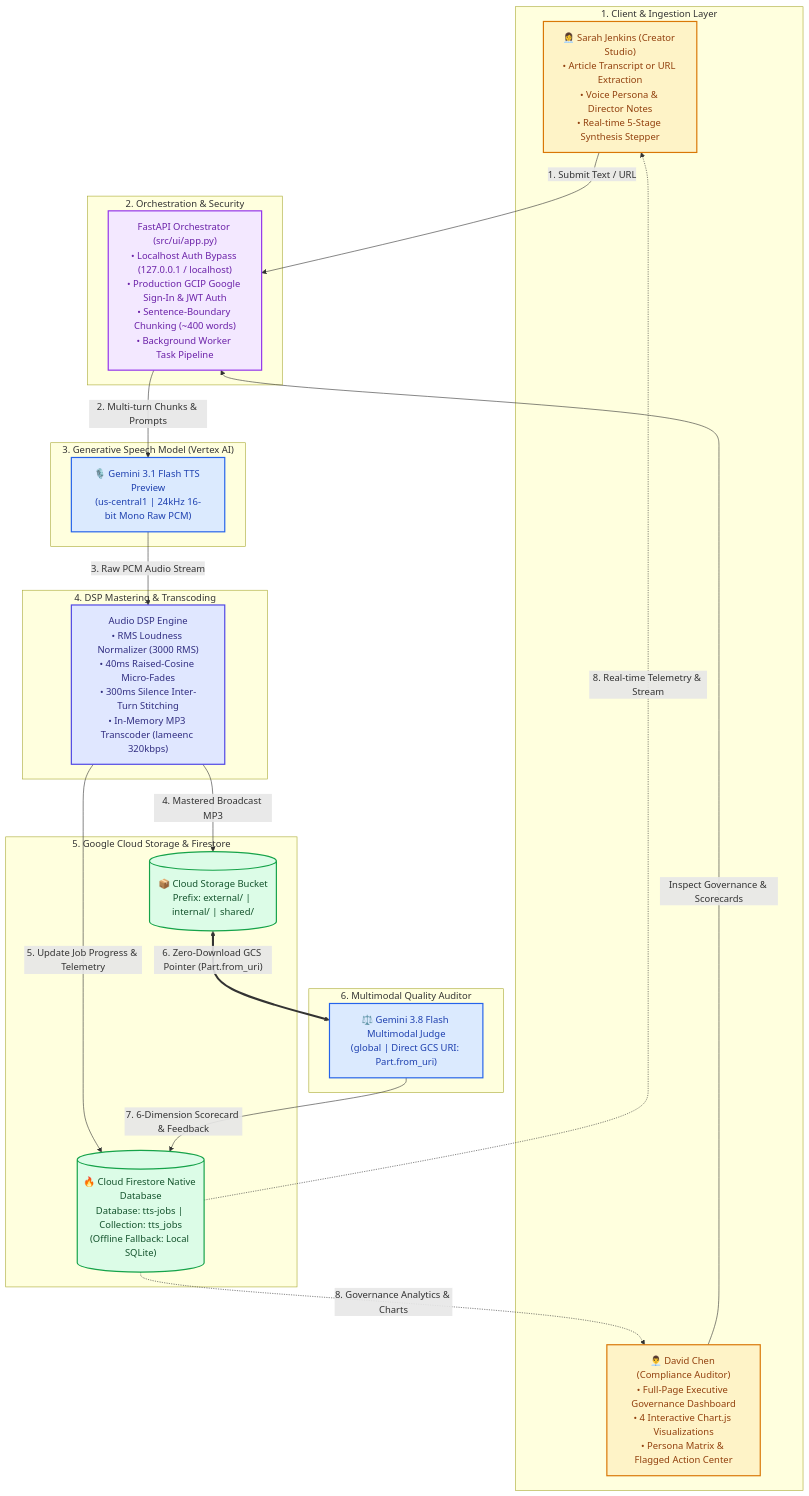
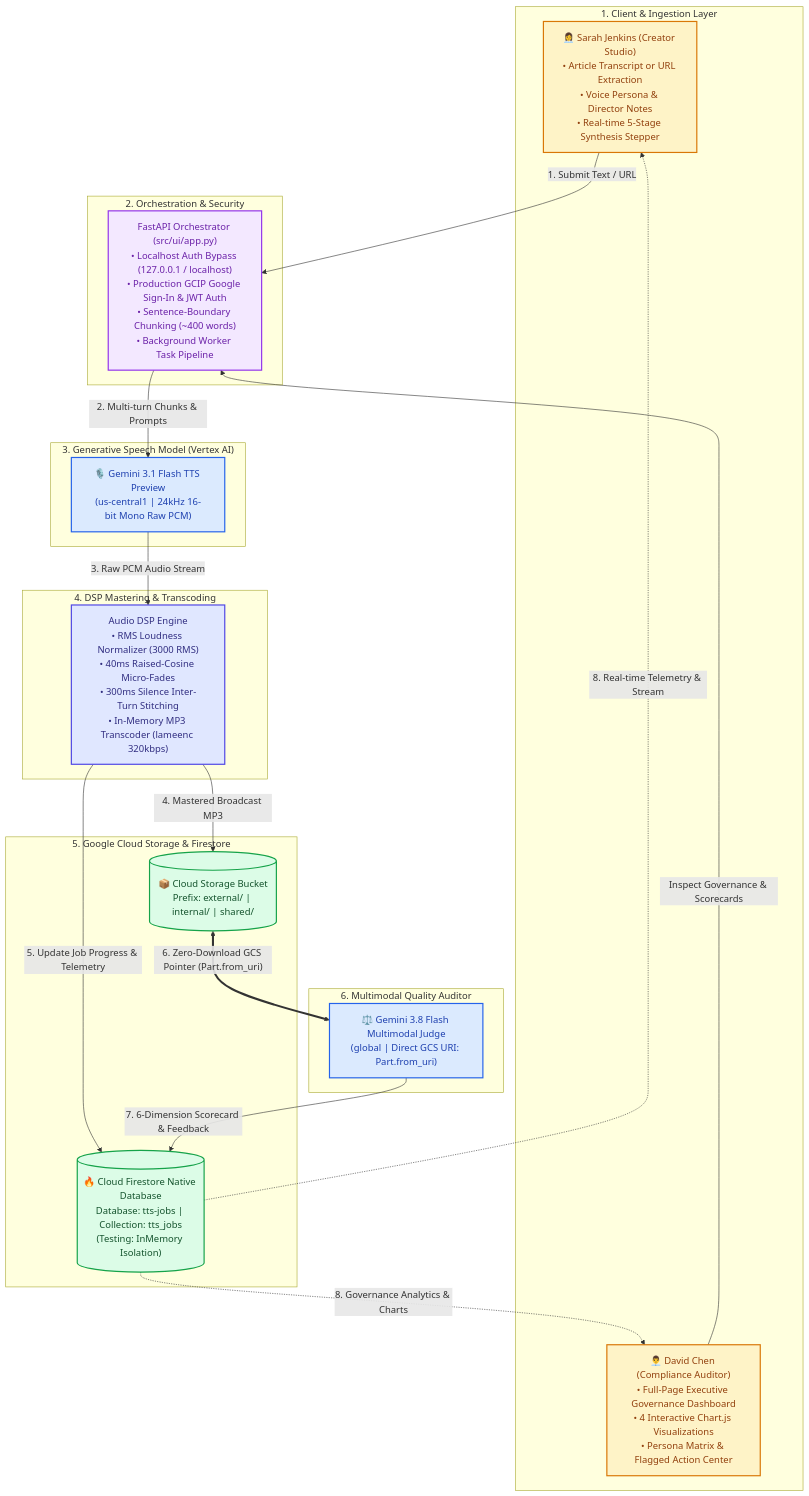
The diagram in README.md (raju-rangan/tts-demo), drawn with Mermaid before and after one commit. The commit also changed other lines of this file and 8 other files, not shown here.

Commit message:
feat: remove SQLite, implement InMemoryJobRepository, and add recalculate_firestore_costs script

````diff
--- a/README.md
+++ b/README.md
@@ -23,52 +23,52 @@
 ```mermaid
 flowchart TD
     %% Styling
     classDef clientStyle fill:#FEF3C7,stroke:#D97706,stroke-width:2px,color:#92400E;
     classDef computeStyle fill:#F3E8FF,stroke:#9333EA,stroke-width:2px,color:#6B21A8;
     classDef aiStyle fill:#DBEAFE,stroke:#2563EB,stroke-width:2px,color:#1E40AF;
     classDef dspStyle fill:#E0E7FF,stroke:#4F46E5,stroke-width:2px,color:#312E81;
     classDef storageStyle fill:#DCFCE7,stroke:#16A34A,stroke-width:2px,color:#14532D;
 
     subgraph CLIENT["1. Client & Ingestion Layer"]
         CREATOR["👩‍💼 Sarah Jenkins (Creator Studio)<br/>• Article Transcript or URL Extraction<br/>• Voice Persona & Director Notes<br/>• Real-time 5-Stage Synthesis Stepper"]
         AUDITOR["👨‍💼 David Chen (Compliance Auditor)<br/>• Full-Page Executive Governance Dashboard<br/>• 4 Interactive Chart.js Visualizations<br/>• Persona Matrix & Flagged Action Center"]
     end
 
     subgraph ORCHESTRATION["2. Orchestration & Security"]
         API["FastAPI Orchestrator (src/ui/app.py)<br/>• Localhost Auth Bypass (127.0.0.1 / localhost)<br/>• Production GCIP Google Sign-In & JWT Auth<br/>• Sentence-Boundary Chunking (~400 words)<br/>• Background Worker Task Pipeline"]
     end
 
     subgraph AI_GEN["3. Generative Speech Model (Vertex AI)"]
         GEMINI_TTS["🎙️ Gemini 3.1 Flash TTS Preview<br/>(us-central1 | 24kHz 16-bit Mono Raw PCM)"]
     end
 
     subgraph DSP_CHAIN["4. DSP Mastering & Transcoding"]
         DSP["Audio DSP Engine<br/>• RMS Loudness Normalizer (3000 RMS)<br/>• 40ms Raised-Cosine Micro-Fades<br/>• 300ms Silence Inter-Turn Stitching<br/>• In-Memory MP3 Transcoder (lameenc 320kbps)"]
     end
 
     subgraph PERSISTENCE["5. Google Cloud Storage & Firestore"]
         GCS[("📦 Cloud Storage Bucket<br/>Prefix: external/ | internal/ | shared/")]
-        FIRESTORE[("🔥 Cloud Firestore Native Database<br/>Database: tts-jobs | Collection: tts_jobs<br/>(Offline Fallback: Local SQLite)")]
+        FIRESTORE[("🔥 Cloud Firestore Native Database<br/>Database: tts-jobs | Collection: tts_jobs<br/>(Testing: InMemory Isolation)")]
     end
 
     subgraph AI_JUDGE["6. Multimodal Quality Auditor"]
         JUDGE["⚖️ Gemini 3.8 Flash Multimodal Judge<br/>(global | Direct GCS URI: Part.from_uri)"]
     end
 
     CREATOR -->|"1. Submit Text / URL"| API
     AUDITOR -->|"Inspect Governance & Scorecards"| API
     API -->|"2. Multi-turn Chunks & Prompts"| GEMINI_TTS
     GEMINI_TTS -->|"3. Raw PCM Audio Stream"| DSP
     DSP -->|"4. Mastered Broadcast MP3"| GCS
     DSP -->|"5. Update Job Progress & Telemetry"| FIRESTORE
     GCS <== "6. Zero-Download GCS Pointer (Part.from_uri)" ==> JUDGE
     JUDGE -->|"7. 6-Dimension Scorecard & Feedback"| FIRESTORE
     FIRESTORE -.->|"8. Real-time Telemetry & Stream"| CREATOR
     FIRESTORE -.->|"8. Governance Analytics & Charts"| AUDITOR
 
     class CREATOR,AUDITOR clientStyle;
     class API computeStyle;
     class GEMINI_TTS,JUDGE aiStyle;
     class DSP dspStyle;
     class GCS,FIRESTORE storageStyle;
 ```
````
